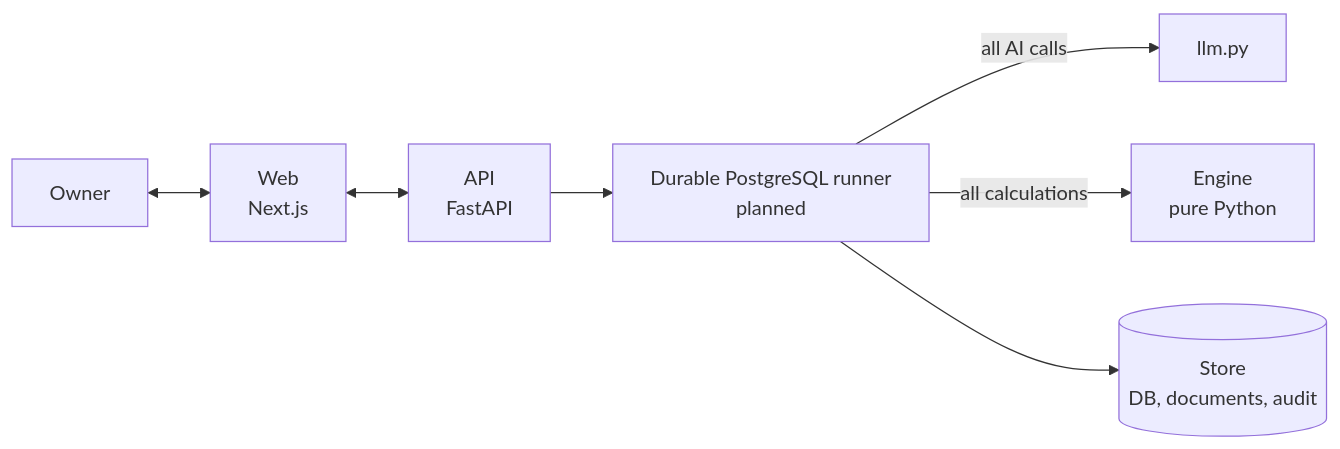
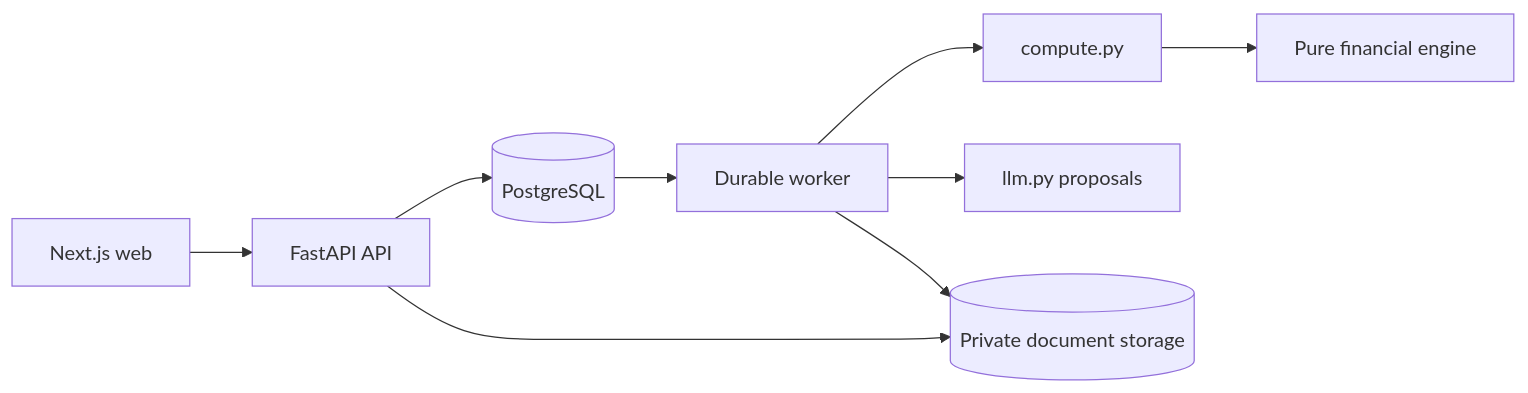
The second of 2 diagrams in README.md (md-sazid9089/Order_Fit), drawn with Mermaid before and after one commit. The commit also changed other lines of this file and 125 other files, not shown here.

````diff
--- a/README.md
+++ b/README.md
@@ -96,9 +76,11 @@
 ```mermaid
 flowchart LR
-    U[Owner] <--> W[Web<br/>Next.js]
-    W <--> A[API<br/>FastAPI]
-    A --> G[Durable PostgreSQL runner<br/>planned]
-    G -->|all AI calls| L[llm.py]
-    G -->|all calculations| E[Engine<br/>pure Python]
-    G --> S[(Store<br/>DB, documents, audit)]
+    Web[Next.js web] --> API[FastAPI API]
+    API --> DB[(PostgreSQL)]
+    DB --> Worker[Durable worker]
+    Worker --> Compute[compute.py]
+    Compute --> Engine[Pure financial engine]
+    Worker --> LLM[llm.py proposals]
+    API --> Store[(Private document storage)]
+    Worker --> Store
 ```
````
